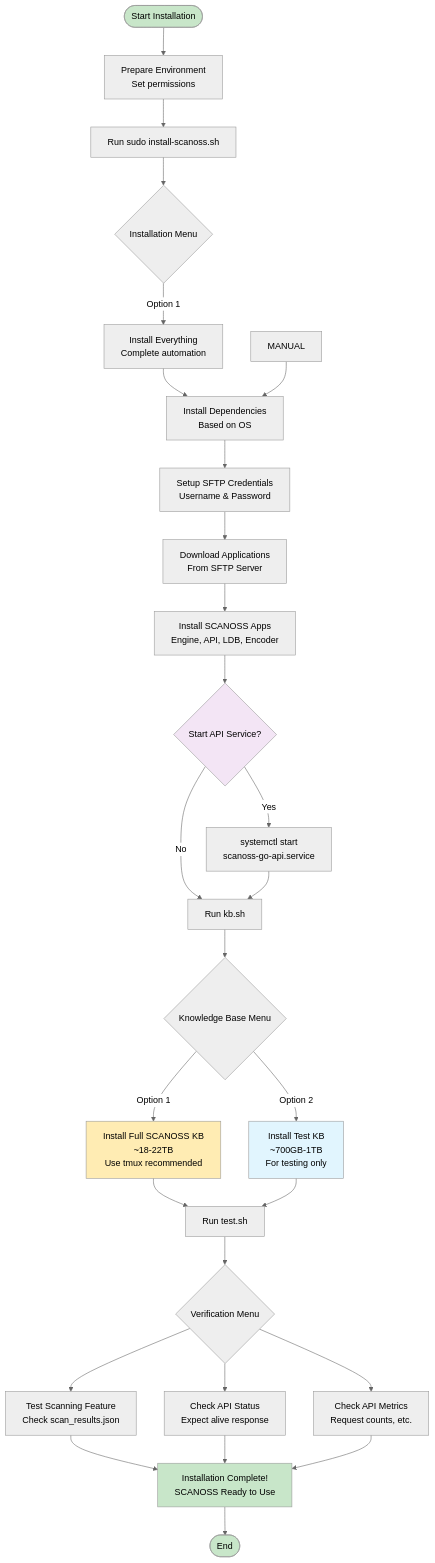
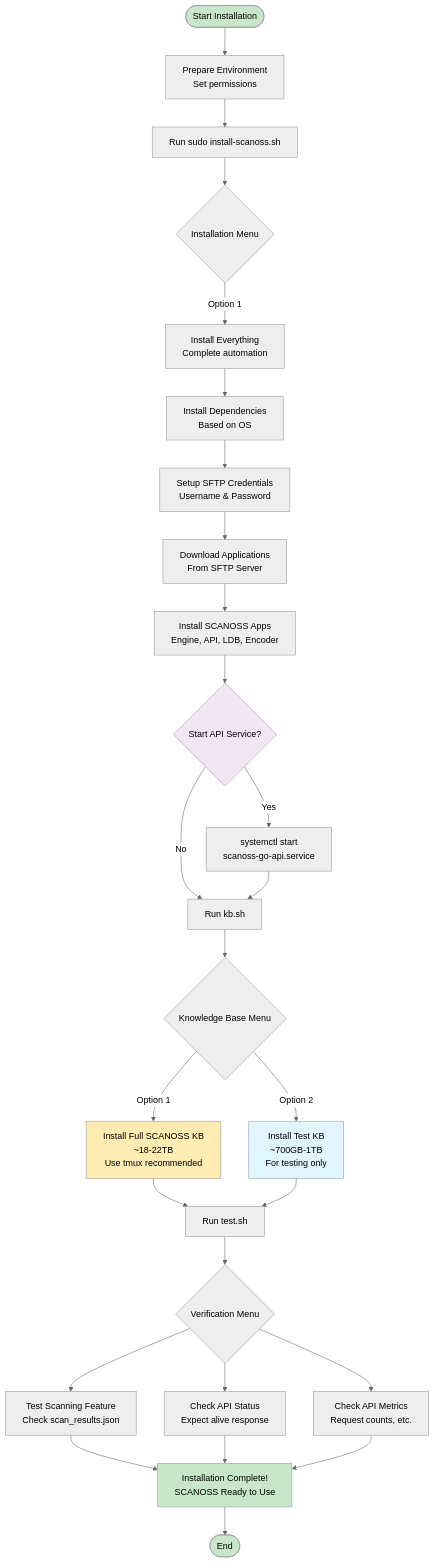
The diagram in install/README.md (scanossmining/on-premise), drawn with Mermaid (neutral theme) before and after one commit.

````diff
--- a/install/README.md
+++ b/install/README.md
@@ -33,51 +33,50 @@
 ```mermaid
 flowchart TD
     START([Start Installation]) --> PREP[Prepare Environment<br/>Set permissions]
     
     PREP --> INSTALL[Run sudo install-scanoss.sh]
     
     INSTALL --> MENU{Installation Menu}
     
     MENU -->|Option 1| ALL[Install Everything<br/>Complete automation]
     
     ALL --> DEPS[Install Dependencies<br/>Based on OS]
-    MANUAL --> DEPS
     
     DEPS --> SFTP[Setup SFTP Credentials<br/>Username & Password]
     
     SFTP --> DOWNLOAD[Download Applications<br/>From SFTP Server]
     
     DOWNLOAD --> APPS[Install SCANOSS Apps<br/>Engine, API, LDB, Encoder]
     
     APPS --> API_START{Start API Service?}
     API_START -->|Yes| START_API[systemctl start<br/>scanoss-go-api.service]
     API_START -->|No| KB_INSTALL
     START_API --> KB_INSTALL[Run kb.sh]
     
     KB_INSTALL --> KB_MENU{Knowledge Base Menu}
     
     KB_MENU -->|Option 1| FULL_KB[Install Full SCANOSS KB<br/>~18-22TB<br/>Use tmux recommended]
     KB_MENU -->|Option 2| TEST_KB[Install Test KB<br/>~700GB-1TB<br/>For testing only]
     
     FULL_KB --> VERIFY[Run test.sh]
     TEST_KB --> VERIFY
     
     VERIFY --> TEST_MENU{Verification Menu}
     
     TEST_MENU --> SCAN_TEST[Test Scanning Feature<br/>Check scan_results.json]
     TEST_MENU --> API_TEST[Check API Status<br/>Expect alive response]
     TEST_MENU --> METRICS[Check API Metrics<br/>Request counts, etc.]
     
     SCAN_TEST --> SUCCESS
     API_TEST --> SUCCESS
     METRICS --> SUCCESS[Installation Complete!<br/>SCANOSS Ready to Use]
     
     SUCCESS --> END([End])
     
     style START fill:#c8e6c9
     style SUCCESS fill:#c8e6c9
     style END fill:#c8e6c9
     style FULL_KB fill:#ffecb3
     style TEST_KB fill:#e1f5fe
     style API_START fill:#f3e5f5
 ```
````
